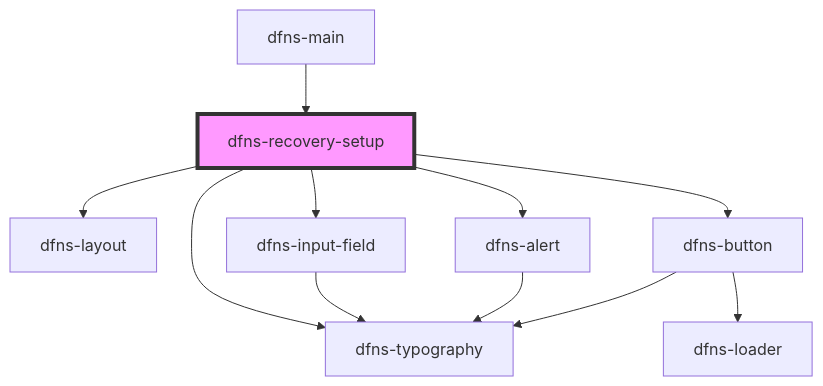
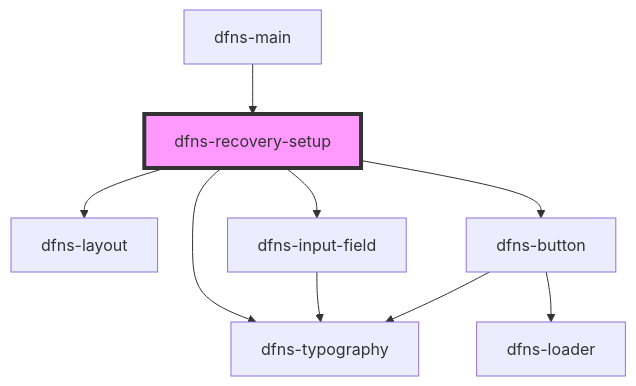
Before and after one commit to dfnsext/web-ui: the diagram in src/components/Pages/dfns-recovery-setup/readme.md, drawn with Mermaid. The commit also changed other lines of this file and 12 other files, not shown here.

Commit message:
WIP - recovery-setup

````diff
--- a/src/components/Pages/dfns-recovery-setup/readme.md
+++ b/src/components/Pages/dfns-recovery-setup/readme.md
@@ -30,14 +29,12 @@
 ```mermaid
 graph TD;
   dfns-recovery-setup --> dfns-layout
   dfns-recovery-setup --> dfns-typography
   dfns-recovery-setup --> dfns-input-field
-  dfns-recovery-setup --> dfns-alert
   dfns-recovery-setup --> dfns-button
   dfns-input-field --> dfns-typography
-  dfns-alert --> dfns-typography
   dfns-button --> dfns-typography
   dfns-button --> dfns-loader
   dfns-main --> dfns-recovery-setup
   style dfns-recovery-setup fill:#f9f,stroke:#333,stroke-width:4px
 ```
````
